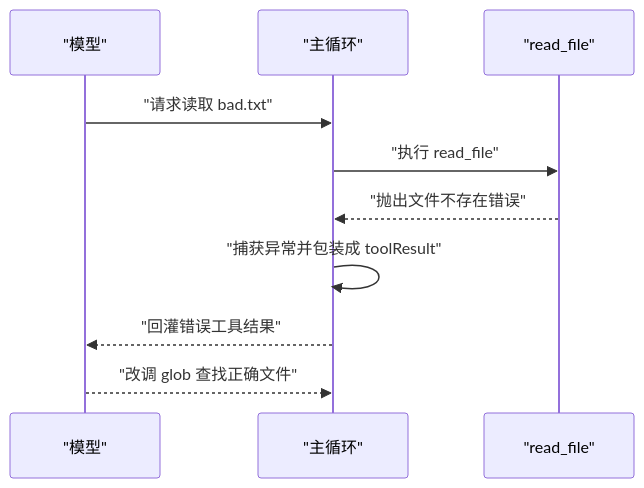
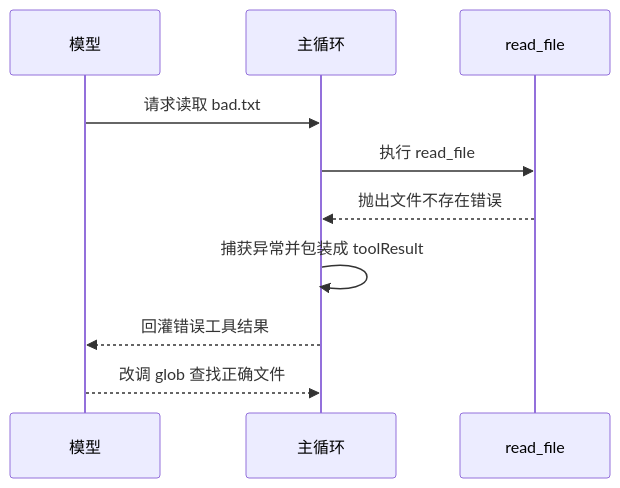
Before and after one commit to Shyu-x/frontend-interview: the fifth of 7 diagrams in docs/minicode/day3-agent-loop-and-tools.md, drawn with Mermaid. The commit also changed other lines of this file and 23 other files, not shown here.

First line of the commit message:
fix(docs): 修复 28 张无法渲染的 Mermaid 图，新增真实解析器校验与 PDF 下载页

````diff
--- a/docs/minicode/day3-agent-loop-and-tools.md
+++ b/docs/minicode/day3-agent-loop-and-tools.md
@@ -586,12 +592,12 @@
 ```mermaid
 sequenceDiagram
-  participant M as "模型"
-  participant L as "主循环"
-  participant T as "read_file"
-  M->>L: "请求读取 bad.txt"
-  L->>T: "执行 read_file"
-  T-->>L: "抛出文件不存在错误"
-  L->>L: "捕获异常并包装成 toolResult"
-  L-->>M: "回灌错误工具结果"
-  M-->>L: "改调 glob 查找正确文件"
+  participant M as 模型
+  participant L as 主循环
+  participant T as read_file
+  M->>L: 请求读取 bad.txt
+  L->>T: 执行 read_file
+  T-->>L: 抛出文件不存在错误
+  L->>L: 捕获异常并包装成 toolResult
+  L-->>M: 回灌错误工具结果
+  M-->>L: 改调 glob 查找正确文件
 ```
````
